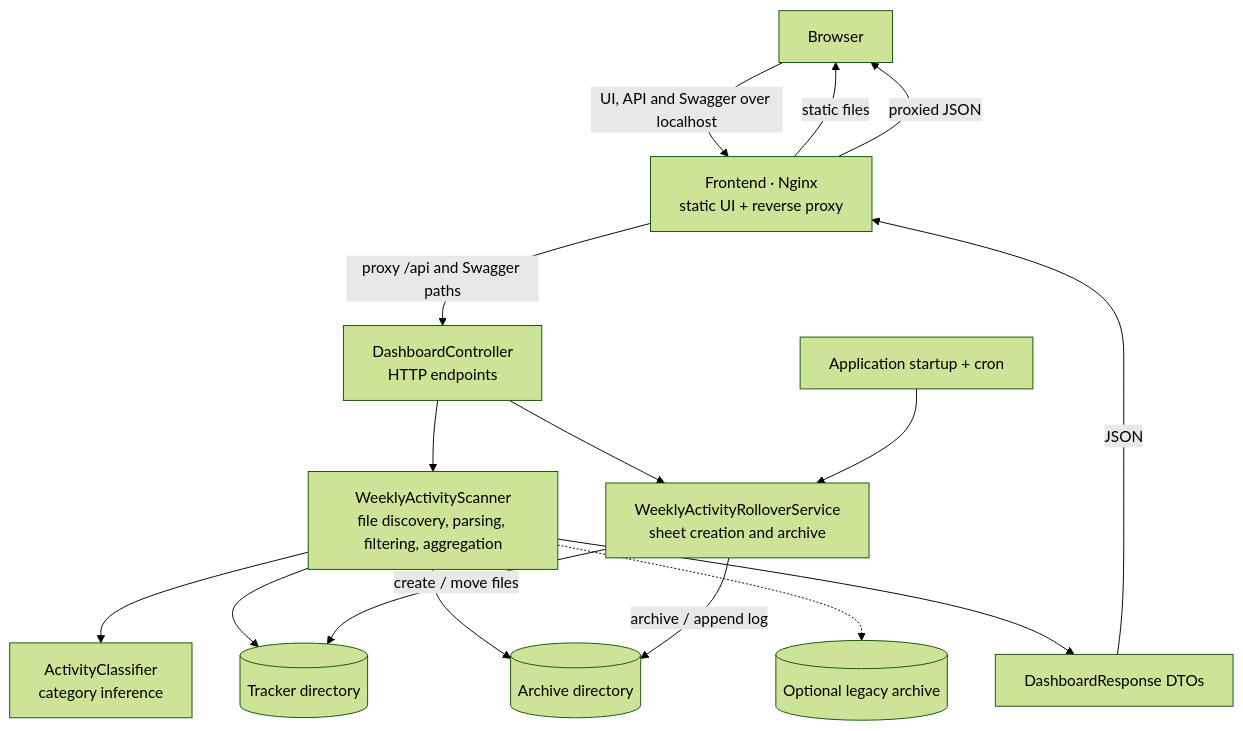
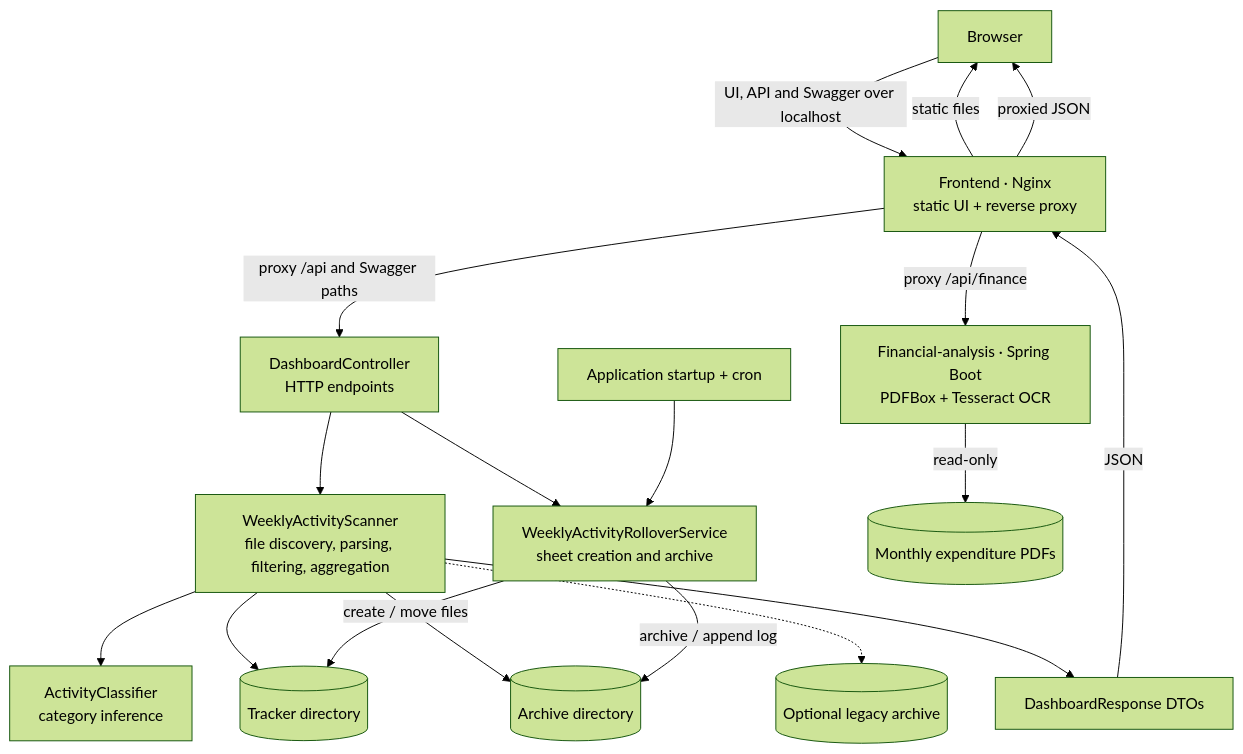
Before and after one commit to sainvrat-personal/Projects: the diagram in daily-activity-tracking-dashboard/HLD.md, drawn with Mermaid (forest theme). The commit also changed other lines of this file and 34 other files, not shown here.

Commit message:
Patch : Adding find-duplicates code generated to remove duplicates and updated daily-activity-tracker app to include monthwise financial expenditure also

````diff
--- a/daily-activity-tracking-dashboard/HLD.md
+++ b/daily-activity-tracking-dashboard/HLD.md
@@ -18,30 +19,34 @@
 ```mermaid
 flowchart TB
     browser["Browser"]
     frontend["Frontend · Nginx<br/>static UI + reverse proxy"]
+    financeService["Financial-analysis · Spring Boot<br/>PDFBox + Tesseract OCR"]
     controller["DashboardController<br/>HTTP endpoints"]
     scanner["WeeklyActivityScanner<br/>file discovery, parsing, filtering, aggregation"]
     classifier["ActivityClassifier<br/>category inference"]
     response["DashboardResponse DTOs"]
     rollover["WeeklyActivityRolloverService<br/>sheet creation and archive"]
     schedule["Application startup + cron"]
     tracker[("Tracker directory")]
     archive[("Archive directory")]
     legacy[("Optional legacy archive")]
+    finance[("Monthly expenditure PDFs")]
 
     browser -->|"UI, API and Swagger over localhost"| frontend
     frontend -->|"static files"| browser
     frontend -->|"proxy /api and Swagger paths"| controller
+    frontend -->|"proxy /api/finance"| financeService
+    financeService -->|"read-only"| finance
     controller --> scanner
     scanner --> classifier
     scanner --> tracker
     scanner --> archive
     scanner -.-> legacy
     scanner --> response
     response -->|"JSON"| frontend
     frontend -->|"proxied JSON"| browser
     controller --> rollover
     schedule --> rollover
     rollover -->|"create / move files"| tracker
     rollover -->|"archive / append log"| archive
 ```
````
